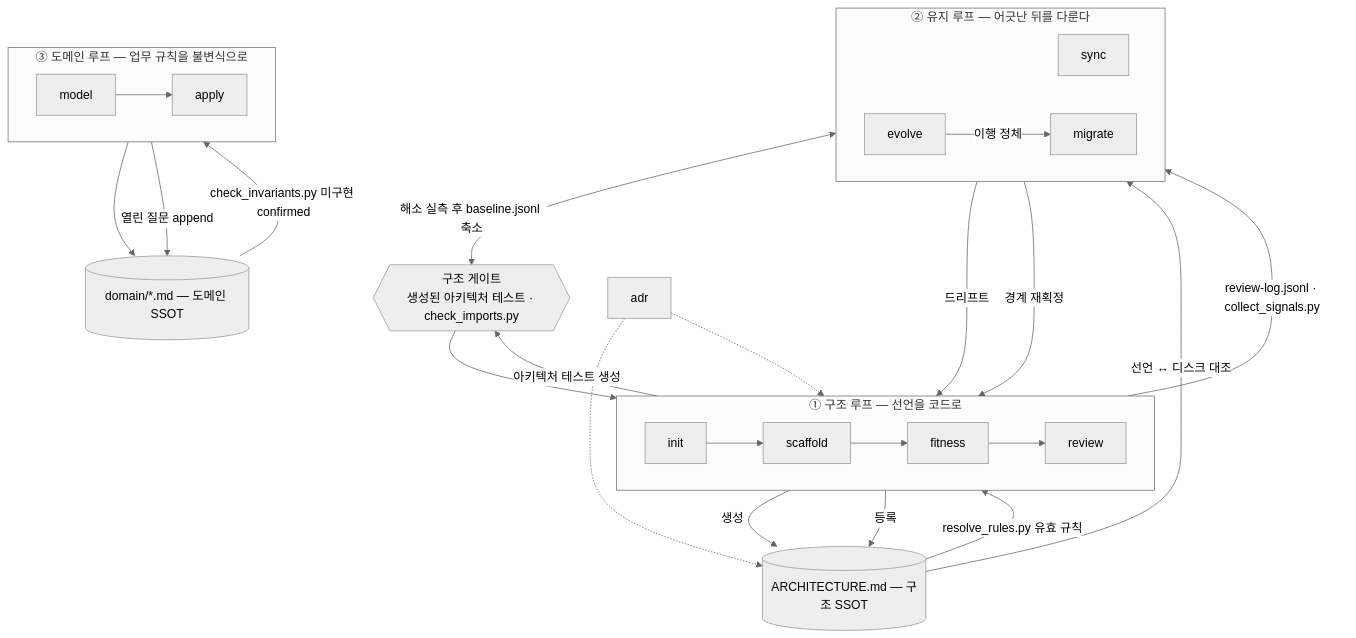
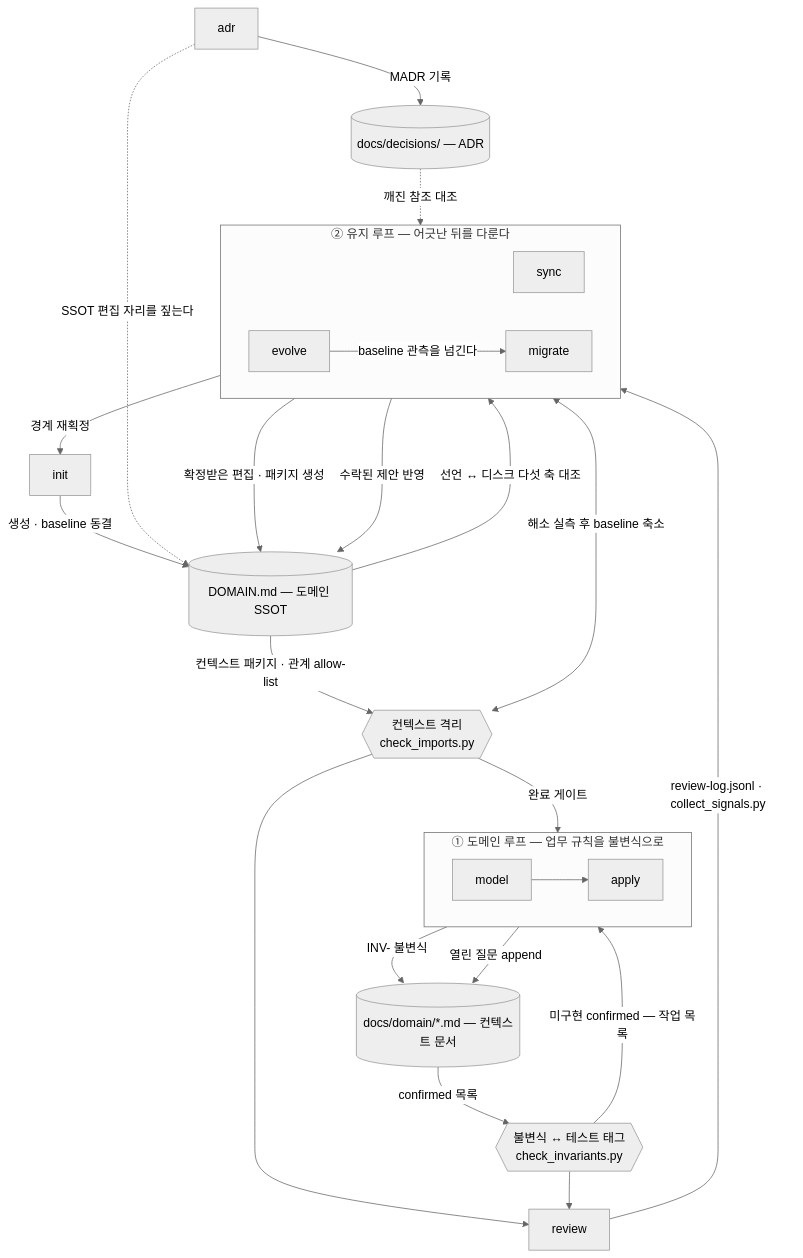
The diagram in plugins/superdomain/README.md (Cho-D-YoungRae/superkit), drawn with Mermaid (neutral theme) before and after one commit. The commit also changed other lines of this file, not shown here.

Commit message:
docs: README 재작성 — 도메인 집중 정체성, 루프 2개 워크플로, 산출물 갱신

````diff
--- a/plugins/superdomain/README.md
+++ b/plugins/superdomain/README.md
@@ -65,36 +66,37 @@
 ```mermaid
 flowchart TB
-    ssot[("ARCHITECTURE.md — 구조 SSOT")]
-    dom[("domain/*.md — 도메인 SSOT")]
-    gate{{"구조 게이트<br/>생성된 아키텍처 테스트 · check_imports.py"}}
+    ssot[("DOMAIN.md — 도메인 SSOT")]
+    dom[("docs/domain/*.md — 컨텍스트 문서")]
+    dec[("docs/decisions/ — ADR")]
+    iso{{"컨텍스트 격리<br/>check_imports.py"}}
+    inv{{"불변식 ↔ 테스트 태그<br/>check_invariants.py"}}
 
-    subgraph L1["① 구조 루프 — 선언을 코드로"]
+    subgraph L1["① 도메인 루프 — 업무 규칙을 불변식으로"]
       direction LR
-      init --> scaffold --> fitness --> review
+      model --> apply
     end
     subgraph L2["② 유지 루프 — 어긋난 뒤를 다룬다"]
       direction LR
       sync
-      evolve -->|이행 정체| migrate
-    end
-    subgraph L3["③ 도메인 루프 — 업무 규칙을 불변식으로"]
-      direction LR
-      model --> apply
+      evolve -->|"baseline 관측을 넘긴다"| migrate
     end
 
-    init -->|생성| ssot
-    scaffold -->|등록| ssot
-    ssot -->|resolve_rules.py 유효 규칙| fitness
-    fitness -->|아키텍처 테스트 생성| gate
-    gate --> review
-    ssot -->|선언 ↔ 디스크 대조| sync
-    sync -->|드리프트| scaffold
-    review -->|review-log.jsonl · collect_signals.py| evolve
-    evolve -->|경계 재획정| init
-    migrate <-->|해소 실측 후 baseline.jsonl 축소| gate
-    model --> dom
-    dom -->|check_invariants.py 미구현 confirmed| apply
+    init -->|"생성 · baseline 동결"| ssot
+    ssot -->|"컨텍스트 패키지 · 관계 allow-list"| iso
+    model -->|"INV- 불변식"| dom
+    dom -->|"confirmed 목록"| inv
+    inv -->|"미구현 confirmed — 작업 목록"| apply
     apply -->|"열린 질문 append"| dom
-    adr -.-> ssot
-    adr -.-> fitness
+    iso -->|"완료 게이트"| apply
+    iso --> review
+    inv --> review
+    ssot -->|"선언 ↔ 디스크 다섯 축 대조"| sync
+    sync -->|"확정받은 편집 · 패키지 생성"| ssot
+    review -->|"review-log.jsonl · collect_signals.py"| evolve
+    evolve -->|"수락된 제안 반영"| ssot
+    evolve -->|"경계 재획정"| init
+    migrate <-->|"해소 실측 후 baseline 축소"| iso
+    adr -->|"MADR 기록"| dec
+    adr -.->|"SSOT 편집 자리를 짚는다"| ssot
+    dec -.->|"깨진 참조 대조"| sync
 ```
````
